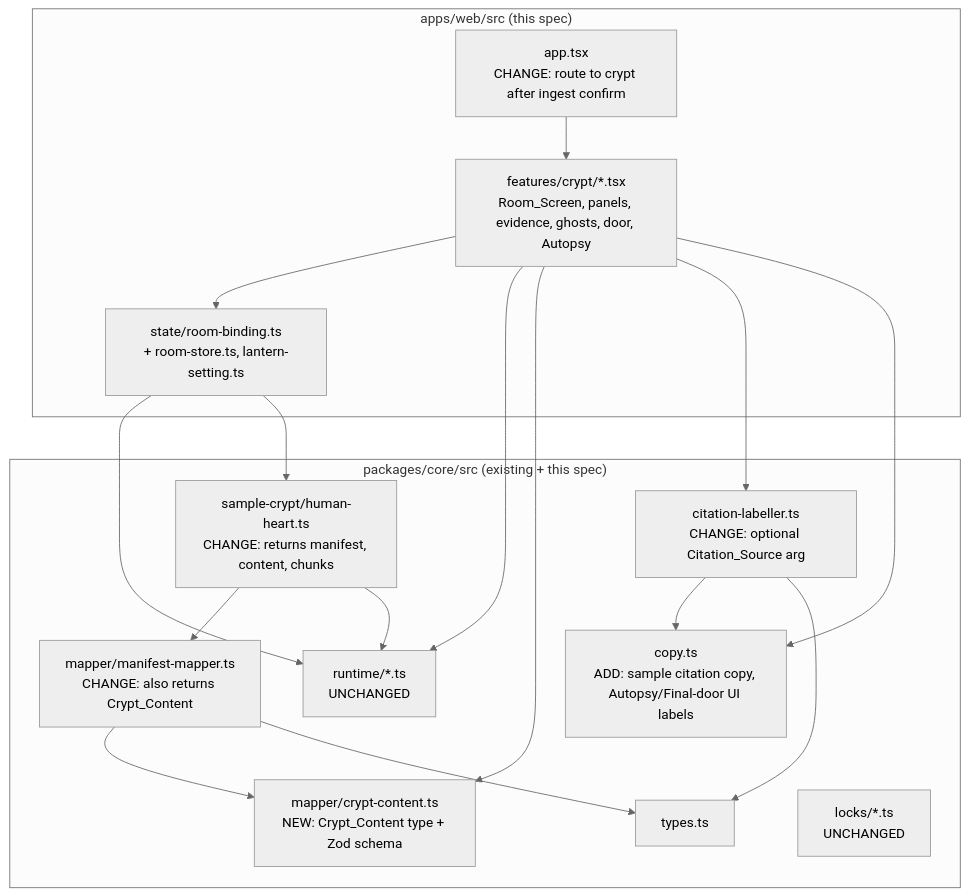
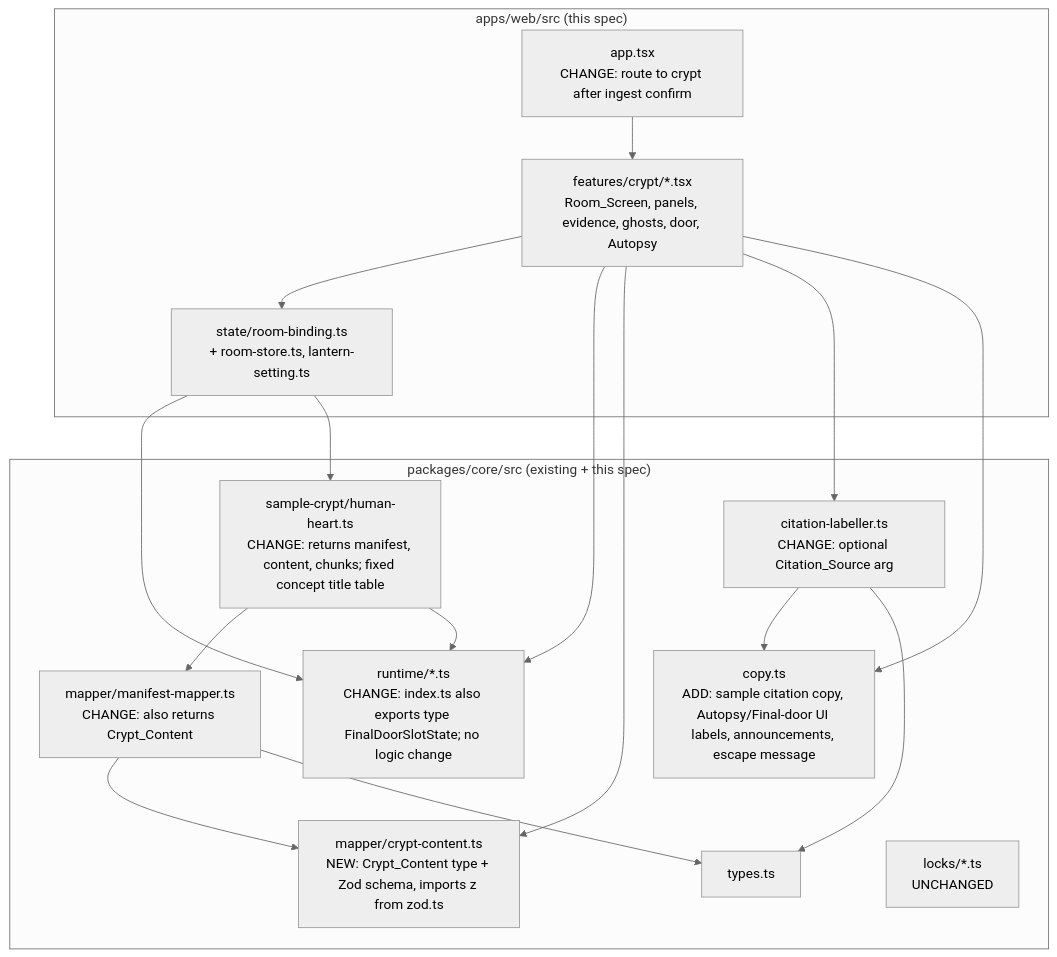
One commit to NotUmesh/escape-the-crypt changed the first of 2 diagrams in .kiro/specs/room-play/design.md. Above: the diagram before and after it, drawn with Mermaid (neutral theme). The commit also changed other lines of this file and 2 other files, not shown here.

Commit message:
Spec room-play: concept titles, first question per concept, task reconciliation

````diff
--- a/.kiro/specs/room-play/design.md
+++ b/.kiro/specs/room-play/design.md
@@ -17,34 +17,34 @@
 ```mermaid
 graph TD
   subgraph core["packages/core/src (existing + this spec)"]
     types[types.ts]
-    copy[copy.ts<br/>ADD: sample citation copy, Autopsy/Final-door UI labels]
+    copy[copy.ts<br/>ADD: sample citation copy, Autopsy/Final-door UI labels, announcements, escape message]
     citation[citation-labeller.ts<br/>CHANGE: optional Citation_Source arg]
     mapper[mapper/manifest-mapper.ts<br/>CHANGE: also returns Crypt_Content]
-    content[mapper/crypt-content.ts<br/>NEW: Crypt_Content type + Zod schema]
-    sample[sample-crypt/human-heart.ts<br/>CHANGE: returns manifest, content, chunks]
-    runtime[runtime/*.ts<br/>UNCHANGED]
+    content[mapper/crypt-content.ts<br/>NEW: Crypt_Content type + Zod schema, imports z from zod.ts]
+    sample[sample-crypt/human-heart.ts<br/>CHANGE: returns manifest, content, chunks; fixed concept title table]
+    runtime[runtime/*.ts<br/>CHANGE: index.ts also exports type FinalDoorSlotState; no logic change]
     locks[locks/*.ts<br/>UNCHANGED]
   end
 
   subgraph web["apps/web/src (this spec)"]
     state[state/room-binding.ts<br/>+ room-store.ts, lantern-setting.ts]
     crypt[features/crypt/*.tsx<br/>Room_Screen, panels, evidence, ghosts, door, Autopsy]
     app[app.tsx<br/>CHANGE: route to crypt after ingest confirm]
   end
 
   mapper --> content
   mapper --> types
   sample --> mapper
   sample --> runtime
   citation --> copy
   citation --> types
   state --> runtime
   state --> sample
   crypt --> state
   crypt --> runtime
   crypt --> content
   crypt --> citation
   crypt --> copy
   app --> crypt
 ```
````
